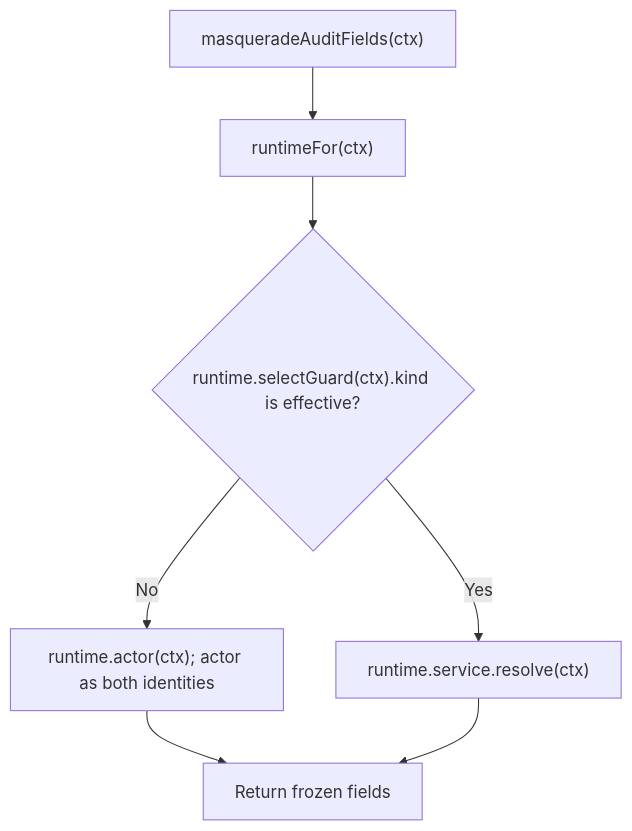
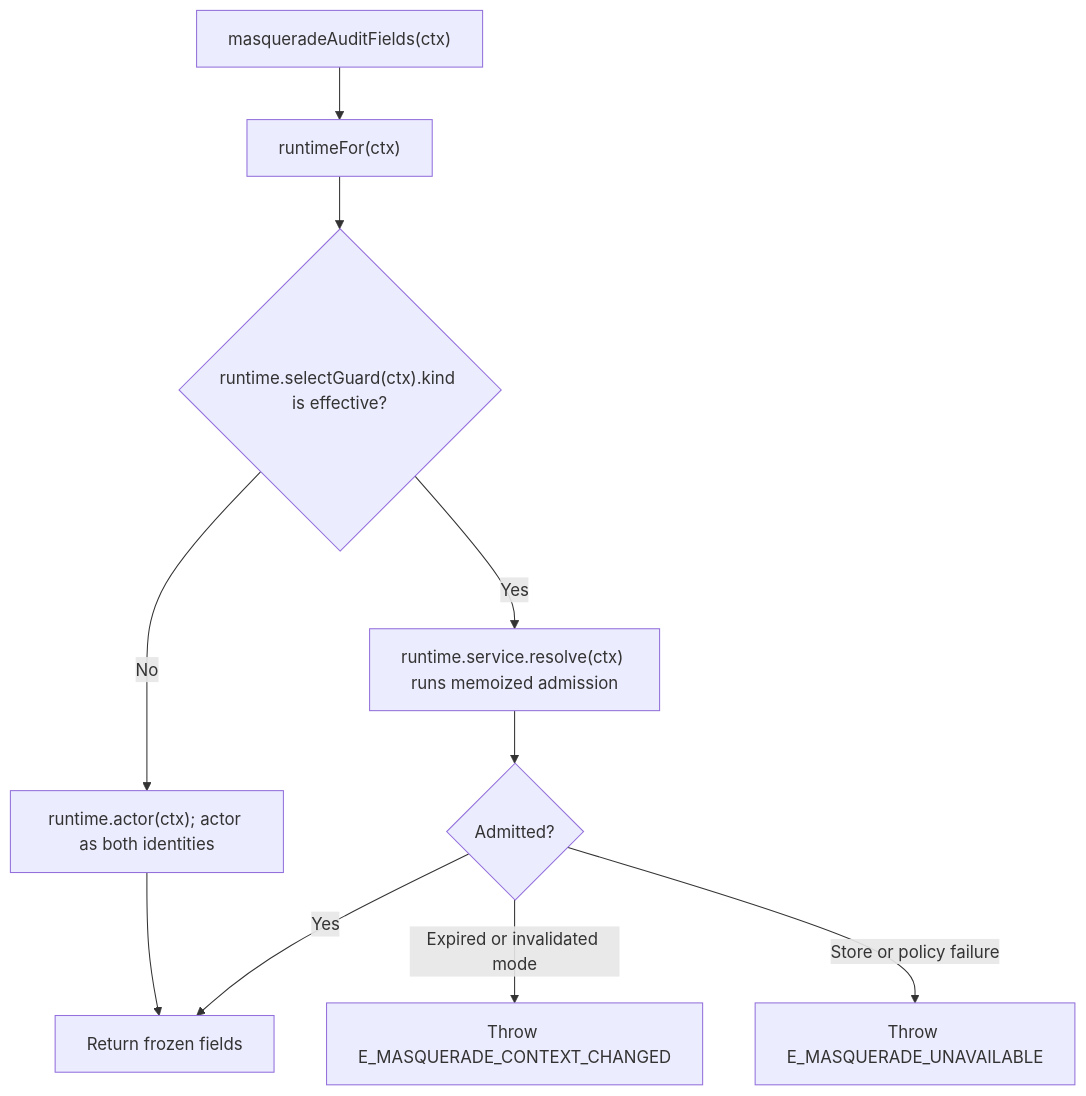
The second of 2 diagrams in user-stories/audit-business-work/us-audit-01-attach-audit-fields.md (Kevinjohn/oss-adonisjs-masquerade), drawn with Mermaid before and after one commit. The commit also changed 3 other files, not shown here.

````diff
--- a/user-stories/audit-business-work/us-audit-01-attach-audit-fields.md
+++ b/user-stories/audit-business-work/us-audit-01-attach-audit-fields.md
@@ -35,9 +35,12 @@
 ```mermaid
 flowchart TD
     A["masqueradeAuditFields(ctx)"] --> B["runtimeFor(ctx)"]
     B --> C{"runtime.selectGuard(ctx).kind is effective?"}
     C -->|No| D["runtime.actor(ctx); actor as both identities"]
-    C -->|Yes| E["runtime.service.resolve(ctx)"]
-    D --> F["Return frozen fields"]
-    E --> F
+    C -->|Yes| E["runtime.service.resolve(ctx) runs memoized admission"]
+    E --> G{"Admitted?"}
+    G -->|Yes| F["Return frozen fields"]
+    G -->|"Expired or invalidated mode"| H["Throw E_MASQUERADE_CONTEXT_CHANGED"]
+    G -->|"Store or policy failure"| I["Throw E_MASQUERADE_UNAVAILABLE"]
+    D --> F
 ```
````
